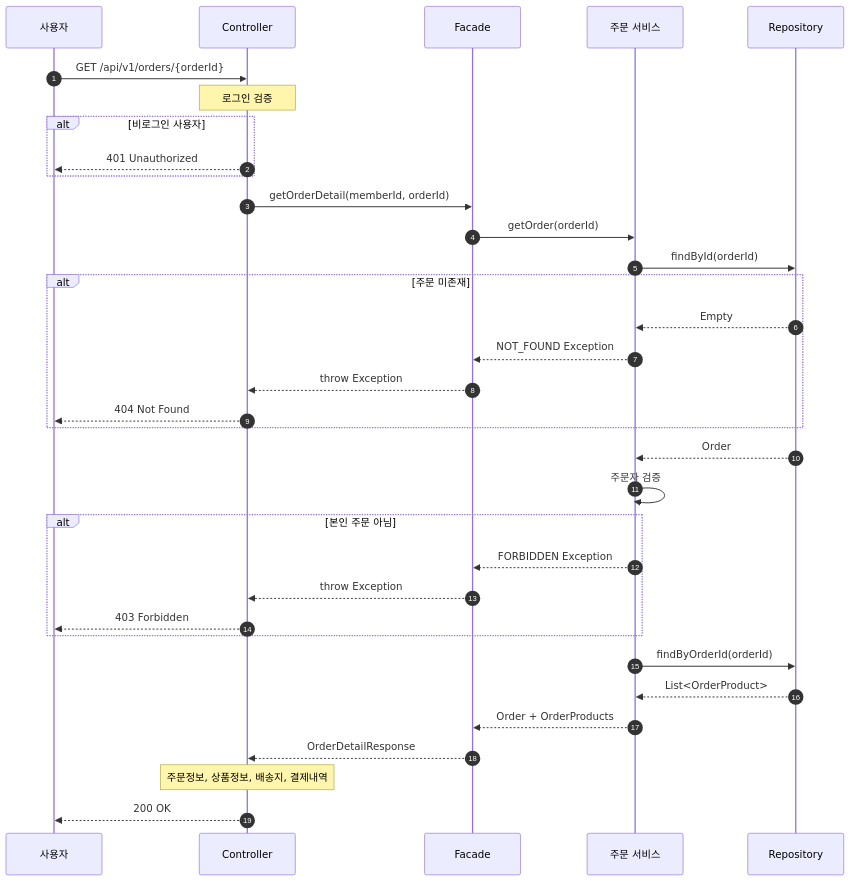
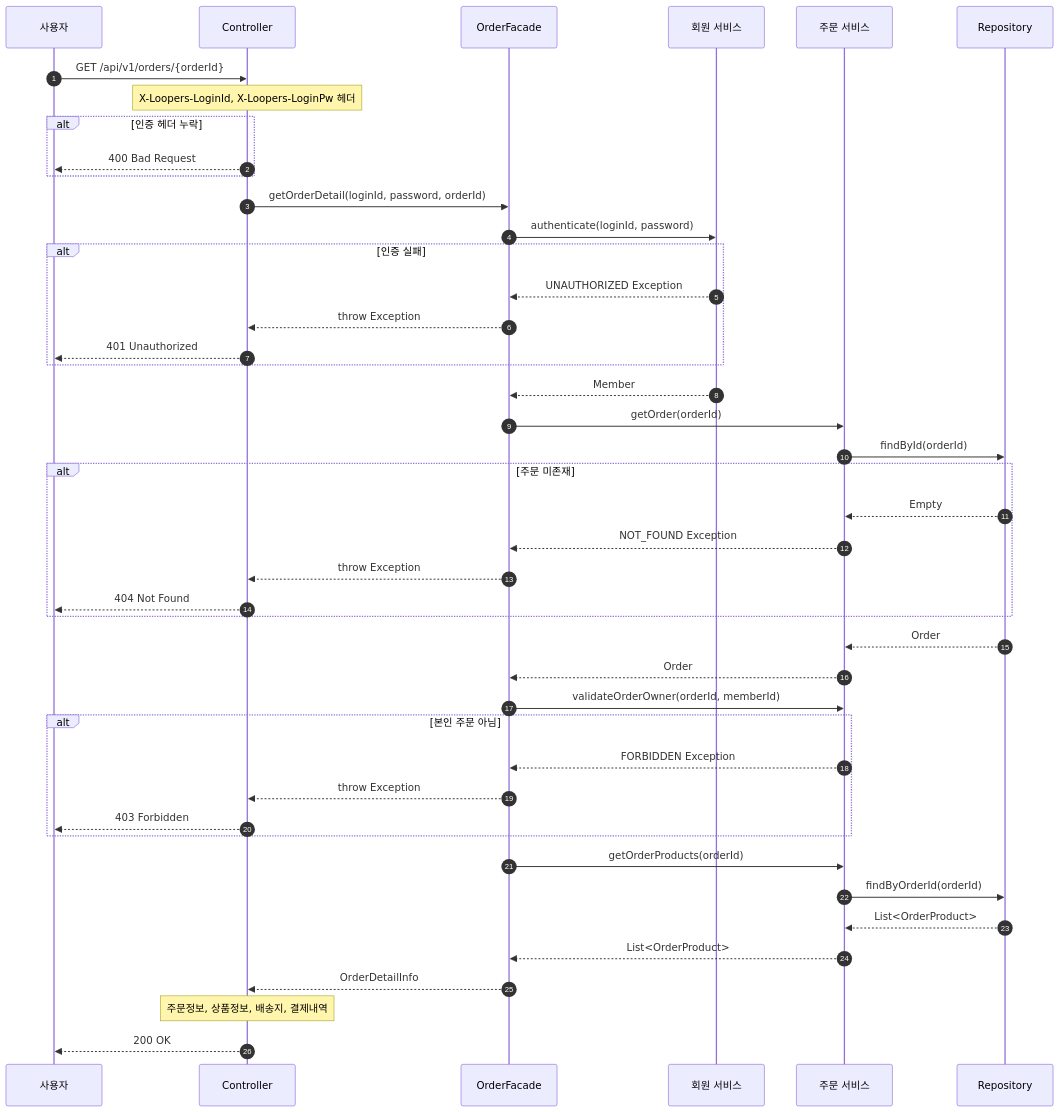
Diagram 17 of 18 in docs/design/02-sequence-diagram.md (letter333/loop-pack-be-l2-vol3-java), drawn with Mermaid before and after one commit. The commit also changed other lines of this file and 4 other files, not shown here.

````diff
--- a/docs/design/02-sequence-diagram.md
+++ b/docs/design/02-sequence-diagram.md
@@ -676,43 +776,57 @@
 ```mermaid
 sequenceDiagram
     autonumber
     participant Client as 사용자
     participant Controller
-    participant Facade
+    participant Facade as OrderFacade
+    participant MemberService as 회원 서비스
     participant OrderService as 주문 서비스
     participant Repository
 
     Client->>Controller: GET /api/v1/orders/{orderId}
-    Note over Controller: 로그인 검증
+    Note over Controller: X-Loopers-LoginId, X-Loopers-LoginPw 헤더
 
-    alt 비로그인 사용자
+    alt 인증 헤더 누락
+        Controller-->>Client: 400 Bad Request
+    end
+
+    Controller->>Facade: getOrderDetail(loginId, password, orderId)
+    Facade->>MemberService: authenticate(loginId, password)
+
+    alt 인증 실패
+        MemberService-->>Facade: UNAUTHORIZED Exception
+        Facade-->>Controller: throw Exception
         Controller-->>Client: 401 Unauthorized
     end
 
-    Controller->>Facade: getOrderDetail(memberId, orderId)
+    MemberService-->>Facade: Member
+
     Facade->>OrderService: getOrder(orderId)
     OrderService->>Repository: findById(orderId)
 
     alt 주문 미존재
         Repository-->>OrderService: Empty
         OrderService-->>Facade: NOT_FOUND Exception
         Facade-->>Controller: throw Exception
         Controller-->>Client: 404 Not Found
     end
 
     Repository-->>OrderService: Order
-    OrderService->>OrderService: 주문자 검증
+    OrderService-->>Facade: Order
+
+    Facade->>OrderService: validateOrderOwner(orderId, memberId)
 
     alt 본인 주문 아님
         OrderService-->>Facade: FORBIDDEN Exception
         Facade-->>Controller: throw Exception
         Controller-->>Client: 403 Forbidden
     end
 
+    Facade->>OrderService: getOrderProducts(orderId)
     OrderService->>Repository: findByOrderId(orderId)
     Repository-->>OrderService: List<OrderProduct>
-    OrderService-->>Facade: Order + OrderProducts
-    Facade-->>Controller: OrderDetailResponse
+    OrderService-->>Facade: List<OrderProduct>
+    Facade-->>Controller: OrderDetailInfo
     Note over Controller: 주문정보, 상품정보, 배송지, 결제내역
     Controller-->>Client: 200 OK
 ```
````
